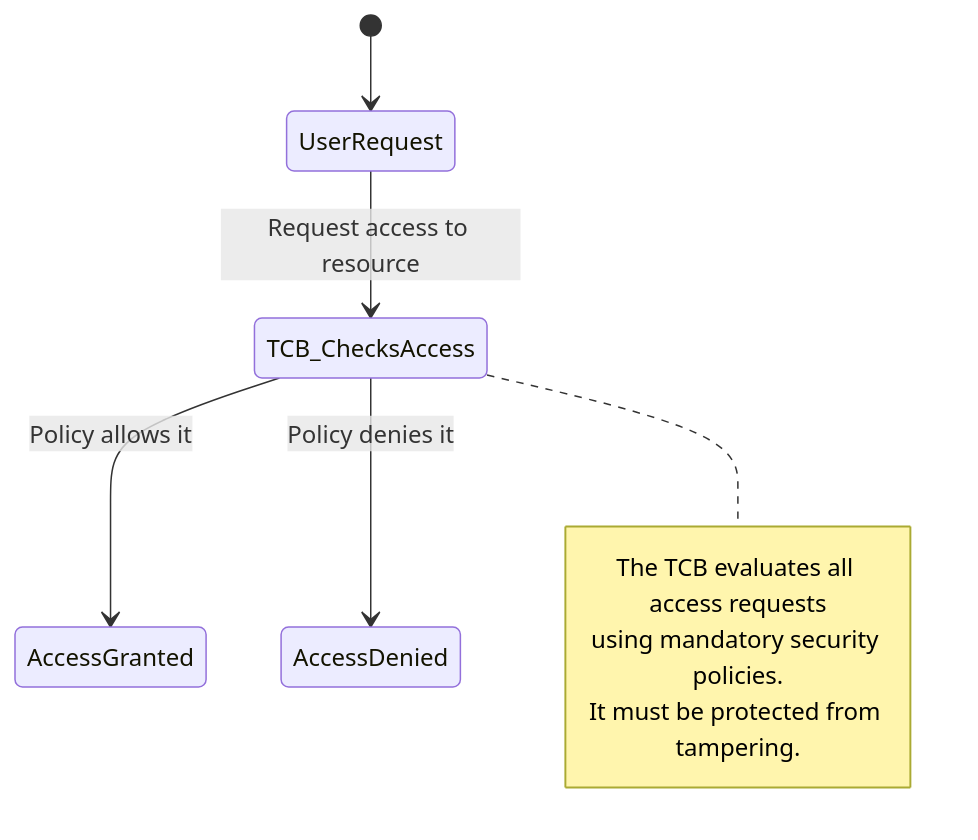
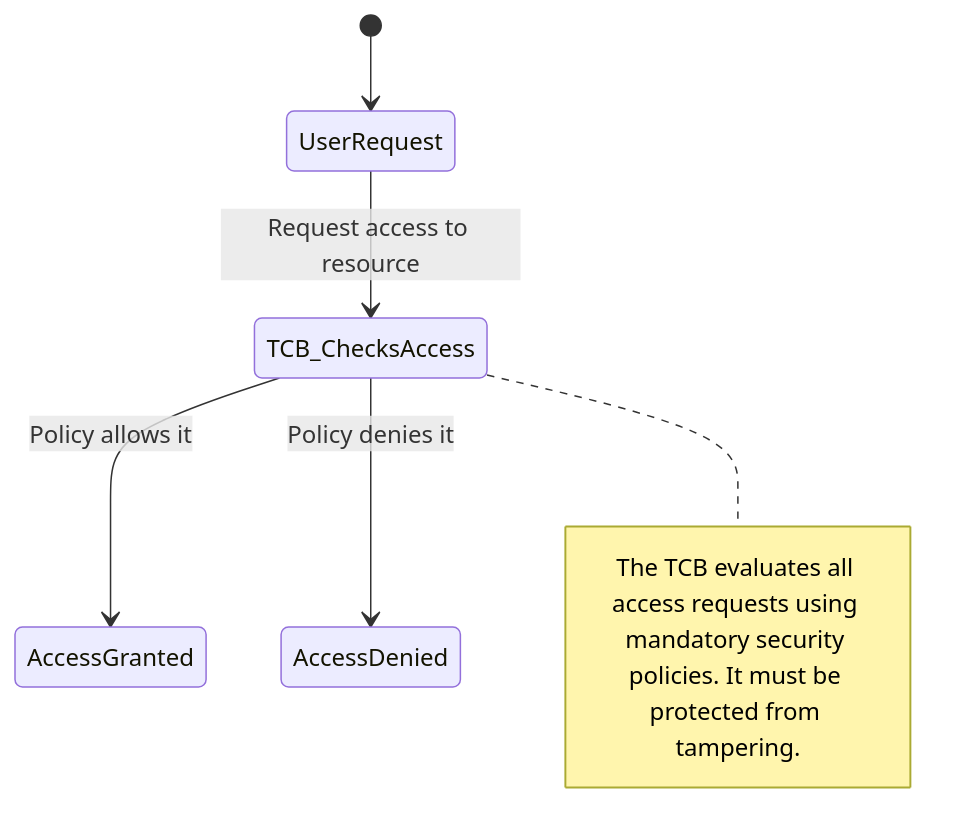
One commit to lorenzoleonelli/CISSP-Zero-to-Hero changed the first of 15 diagrams in DOMAIN3 - Security Architecture and Engineering/3.2 Understand the fundamental concepts of security models (e.g. Biba, Star Model, Bell Lapadula).md. Above: the diagram before and after it, drawn with Mermaid. The commit also changed 1 other file, not shown here.

Commit message:
LL 2026-11-2:21:23:58

````diff
--- a/DOMAIN3 - Security Architecture and Engineering/3.2 Understand the fundamental concepts of security models (e.g. Biba, Star Model, Bell Lapadula).md
+++ b/DOMAIN3 - Security Architecture and Engineering/3.2 Understand the fundamental concepts of security models (e.g. Biba, Star Model, Bell Lapadula).md
@@ -10,16 +10,14 @@
 ```mermaid
 stateDiagram-v2
     [*] --> UserRequest
 
     UserRequest --> TCB_ChecksAccess : Request access to resource
     TCB_ChecksAccess --> AccessGranted : Policy allows it
     TCB_ChecksAccess --> AccessDenied : Policy denies it
 
     note right of TCB_ChecksAccess
-      The TCB evaluates all access requests
-      using mandatory security policies.
-      It must be protected from tampering.
+      The TCB evaluates all access requests using mandatory security policies. It must be protected from tampering.
     end note
 
 
 ```
````
